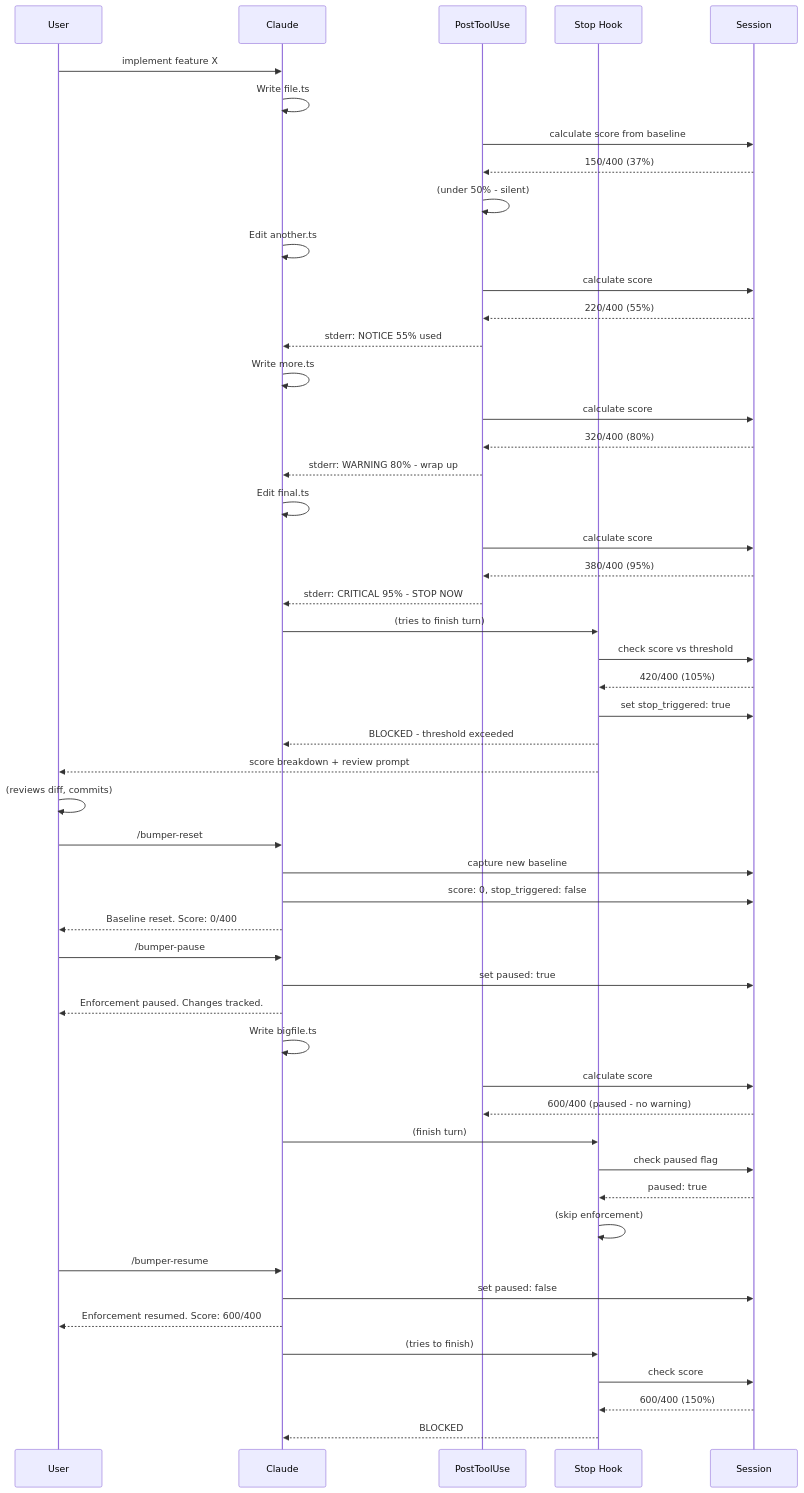
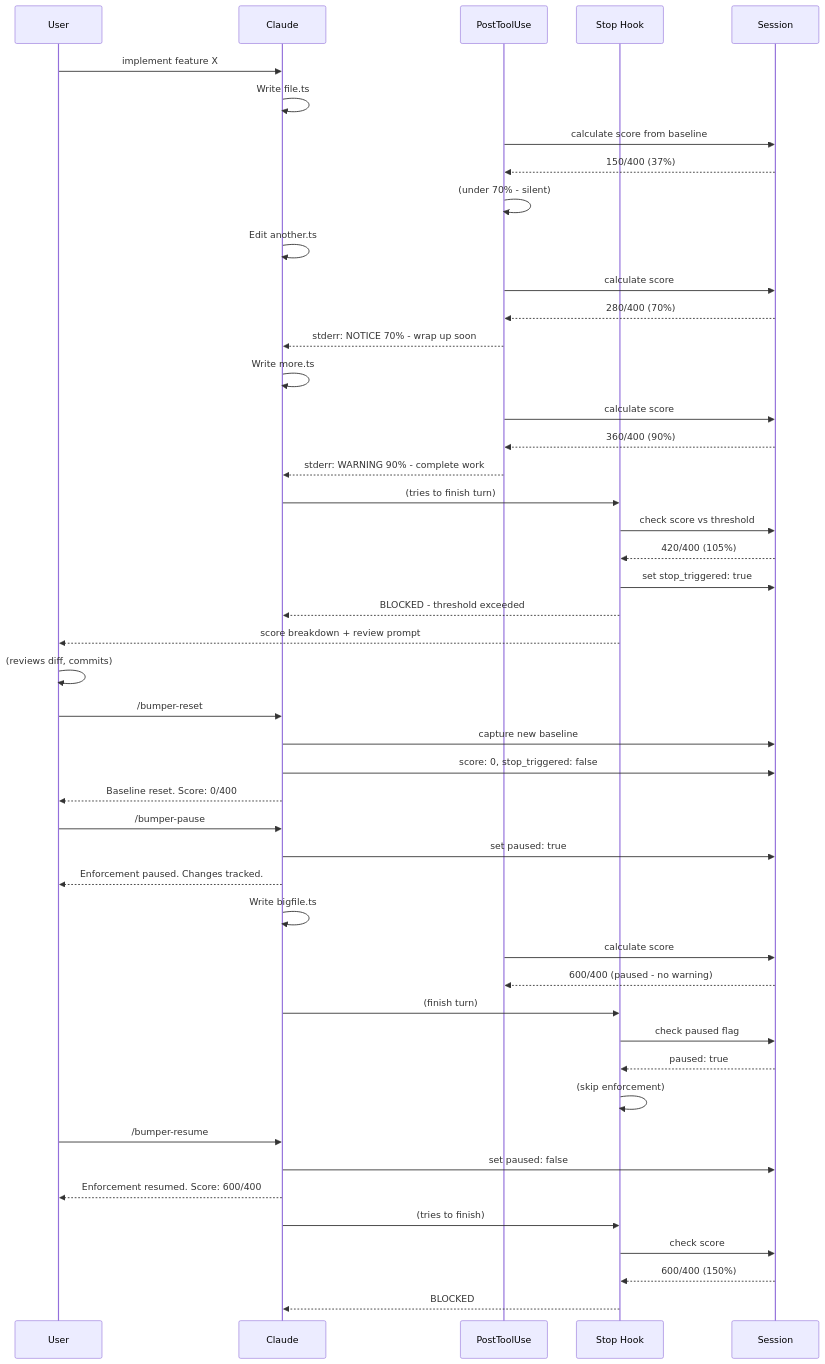
One commit to kylesnowschwartz/claude-bumper-lanes changed the diagram in docs/enforcement-sequence.mmd. Above: the diagram before and after it, drawn with Mermaid. The commit also changed 5 other files, not shown here.

First line of the commit message:
docs: sync sequence diagrams with recent code changes

```diff
--- a/docs/enforcement-sequence.mmd
+++ b/docs/enforcement-sequence.mmd
@@ -1,106 +1,99 @@
 %% Enforcement Flow: Fuel gauge → stop → reset/pause/resume cycle
 %% Render: cat enforcement-sequence.mmd | mermaid-ascii -f -
 %% Focus: The core loop that constrains Claude's work
 
 sequenceDiagram
     participant User
     participant Claude
     participant PTU as PostToolUse
     participant Stop as Stop Hook
     participant Sess as Session
 
     %% === NORMAL OPERATION (under threshold) ===
     User->>Claude: implement feature X
     Claude->>Claude: Write file.ts
     PTU->>Sess: calculate score from baseline
     Sess-->>PTU: 150/400 (37%)
-    PTU->>PTU: (under 50% - silent)
+    PTU->>PTU: (under 70% - silent)
 
     %% === FUEL GAUGE WARNINGS ===
     Claude->>Claude: Edit another.ts
     PTU->>Sess: calculate score
-    Sess-->>PTU: 220/400 (55%)
-    PTU-->>Claude: stderr: NOTICE 55% used
+    Sess-->>PTU: 280/400 (70%)
+    PTU-->>Claude: stderr: NOTICE 70% - wrap up soon
 
     Claude->>Claude: Write more.ts
     PTU->>Sess: calculate score
-    Sess-->>PTU: 320/400 (80%)
-    PTU-->>Claude: stderr: WARNING 80% - wrap up
-
-    Claude->>Claude: Edit final.ts
-    PTU->>Sess: calculate score
-    Sess-->>PTU: 380/400 (95%)
-    PTU-->>Claude: stderr: CRITICAL 95% - STOP NOW
+    Sess-->>PTU: 360/400 (90%)
+    PTU-->>Claude: stderr: WARNING 90% - complete work
 
     %% === THRESHOLD EXCEEDED ===
     Claude->>Stop: (tries to finish turn)
     Stop->>Sess: check score vs threshold
     Sess-->>Stop: 420/400 (105%)
     Stop->>Sess: set stop_triggered: true
     Stop-->>Claude: BLOCKED - threshold exceeded
     Stop-->>User: score breakdown + review prompt
 
     %% === USER REVIEW OPTIONS ===
 
     %% Option A: Reset after review
     User->>User: (reviews diff, commits)
     User->>Claude: /bumper-reset
     Claude->>Sess: capture new baseline
     Claude->>Sess: score: 0, stop_triggered: false
     Claude-->>User: Baseline reset. Score: 0/400
 
     %% Option B: Pause enforcement
     User->>Claude: /bumper-pause
     Claude->>Sess: set paused: true
     Claude-->>User: Enforcement paused. Changes tracked.
 
     %% While paused - no blocking
     Claude->>Claude: Write bigfile.ts
     PTU->>Sess: calculate score
     Sess-->>PTU: 600/400 (paused - no warning)
     Claude->>Stop: (finish turn)
     Stop->>Sess: check paused flag
     Sess-->>Stop: paused: true
     Stop->>Stop: (skip enforcement)
 
     %% Resume enforcement
     User->>Claude: /bumper-resume
     Claude->>Sess: set paused: false
     Claude-->>User: Enforcement resumed. Score: 600/400
 
     %% Now blocked again
     Claude->>Stop: (tries to finish)
     Stop->>Sess: check score
     Sess-->>Stop: 600/400 (150%)
     Stop-->>Claude: BLOCKED
 
 %% ============================================================
 %% VALIDATION REFERENCES
 %% ============================================================
-%% - PostToolUse tiers: internal/hooks/post_tool_use.go:114-126
+%% - PostToolUse tiers: internal/hooks/post_tool_use.go:114-121
 %% - Stop blocking: internal/hooks/stop.go:117-173
-%% - Reset: internal/hooks/prompt_handler.go:98-117
-%% - Pause: internal/hooks/prompt_handler.go:119-133
-%% - Resume: internal/hooks/prompt_handler.go:135-149
+%% - Reset: internal/hooks/prompt_handler.go:96-115
+%% - Pause: internal/hooks/prompt_handler.go:118-131
+%% - Resume: internal/hooks/prompt_handler.go:134-147
 %%
 %% FUEL GAUGE TIERS
-%% - <50%: Silent
-%% - 50%: NOTICE - wrap up current task
-%% - 75%: WARNING - complete work, ask about checkpoint
-%% - 90%: CRITICAL - stop accepting work NOW
+%% - <70%: Silent
+%% - 70%: NOTICE - wrap up current task
+%% - 90%: WARNING - complete work, ask about checkpoint
 %%
 %% PAIN POINTS
 %% 1. Warnings visible but muted - status line could surface escalation better
 %% 2. Pause accumulates unbounded score - can be huge on resume
 %% 3. No partial reset - it's all-or-nothing baseline capture
 %% 4. Auto-reset on commit not shown (separate flow)
 %% 5. Score can decrease if user reverts changes - not obvious
 %%
 %% IMPROVEMENT OPPORTUNITY
 %% Status line currently: green until trip, then suddenly red
 %% Could match fuel gauge tiers to give user same visibility as Claude:
-%% - 0-49%:  green  "active"
-%% - 50-74%: yellow "NOTICE"   (currently stays green)
-%% - 75-89%: orange "WARNING"  (currently stays green)
-%% - 90-99%: red    "CRITICAL" (currently stays green)
+%% - 0-69%:  green  "active"
+%% - 70-89%: yellow "NOTICE"   (currently stays green)
+%% - 90-99%: orange "WARNING"  (currently stays green)
 %% - 100%+: red    "TRIPPED"
```
